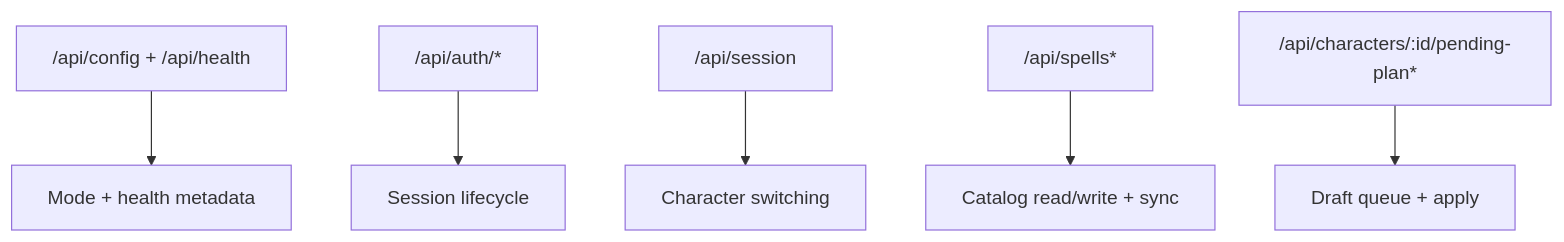
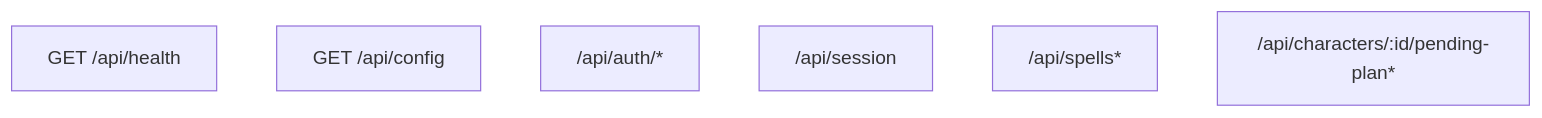
The second of 4 diagrams in docs/engineering/DIAGRAMS.md (ABZerra/Spellbook), drawn with Mermaid before and after one commit. The commit also changed other lines of this file and 11 other files, not shown here.

````diff
--- a/docs/engineering/DIAGRAMS.md
+++ b/docs/engineering/DIAGRAMS.md
@@ -19,8 +19,9 @@
 ```mermaid
 flowchart TB
-  A["/api/config + /api/health"] --> B["Mode + health metadata"]
-  C["/api/auth/*"] --> D["Session lifecycle"]
-  E["/api/session"] --> F["Character switching"]
-  G["/api/spells*"] --> H["Catalog read/write + sync"]
-  I["/api/characters/:id/pending-plan*"] --> J["Draft queue + apply"]
+  H["GET /api/health"]
+  C["GET /api/config"]
+  AUTH["/api/auth/*"]
+  SES["/api/session"]
+  SPELLS["/api/spells*"]
+  PLAN["/api/characters/:id/pending-plan*"]
 ```
````
